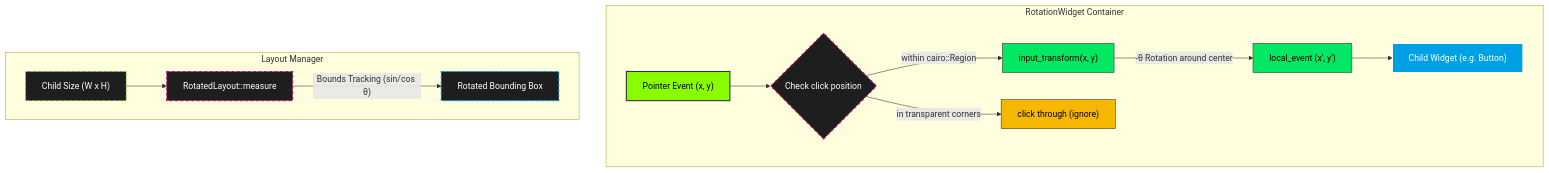
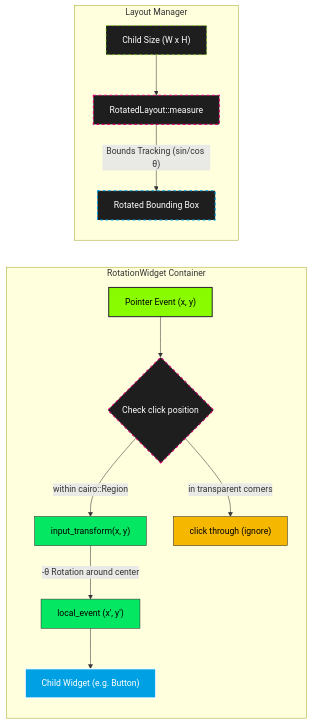
One commit to smearor/smearor-wrot-rotation changed the diagram in README.md. Above: the diagram before and after it, drawn with Mermaid.

Commit message:
Improve documentation

````diff
--- a/README.md
+++ b/README.md
@@ -149,40 +149,40 @@
 ```mermaid
-graph TD
+graph LR
 %% styling
     classDef default fill: #1e1e1e, stroke: #333333, stroke-width: 1px, color: #ffffff
     classDef widget fill: #00a1e4, stroke: #ffffff, stroke-width: 2px, color: #ffffff
     classDef layout stroke: #00a1e4, stroke-width: 2px, stroke-dasharray: 5 5
     classDef measure stroke: #dc0073, stroke-width: 2px, stroke-dasharray: 5 5
     classDef event fill: #89fc00, stroke: #333333, stroke-width: 2px, color: #000000
     classDef child_size stroke: #89fc00, stroke-width: 1px, stroke-dasharray: 5 5
     classDef region fill: #f5b700, stroke: #333333, stroke-width: 1px, color: #000000
     classDef transform fill: #04e762, stroke: #333333, stroke-width: 1px, color: #000
 
     subgraph RotationWidget [RotationWidget Container]
         A["Pointer Event (x, y)"] --> B{"Check click position"};
 
     %% click region
         B -- " within cairo::Region " --> C["input_transform(x, y)"];
         B -- " in transparent corners " --> D["click through (ignore)"];
 
     %% transformation
         C -->|" -θ Rotation around center "| E["local_event (x', y')"];
         E --> F["Child Widget (e.g. Button)"];
     end
 
 %% layout calculation
     subgraph RotatedLayout [Layout Manager]
         G["Child Size (W x H)"] --> H["RotatedLayout::measure"];
         H -->|" Bounds Tracking (sin/cos θ) "| I["Rotated Bounding Box"];
     end
 
     class A event;
     class B measure;
     class F widget;
     class G child_size;
     class H measure;
     class I layout;
     class D region;
     class C transform;
     class E transform;
 ```
````
